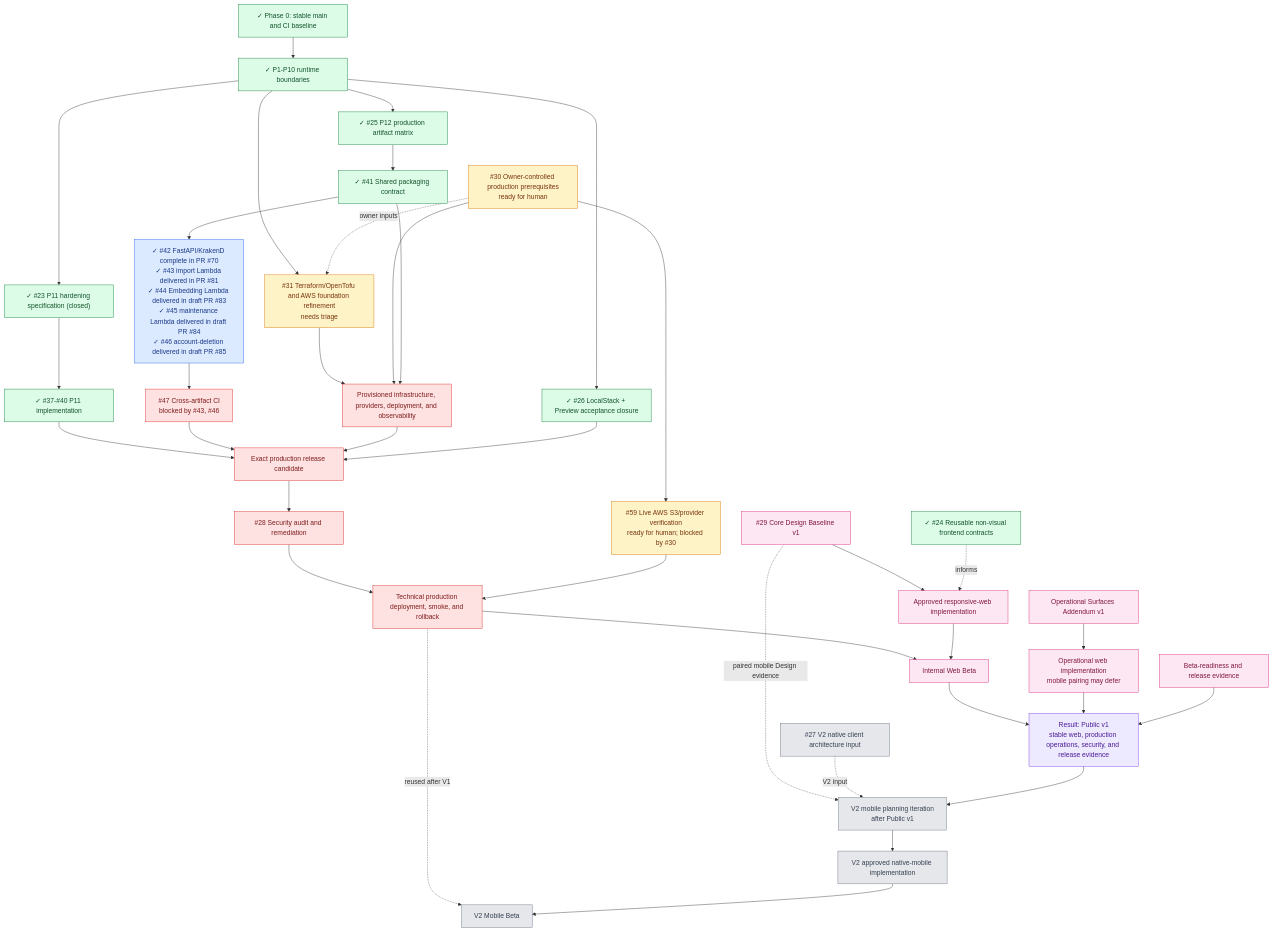
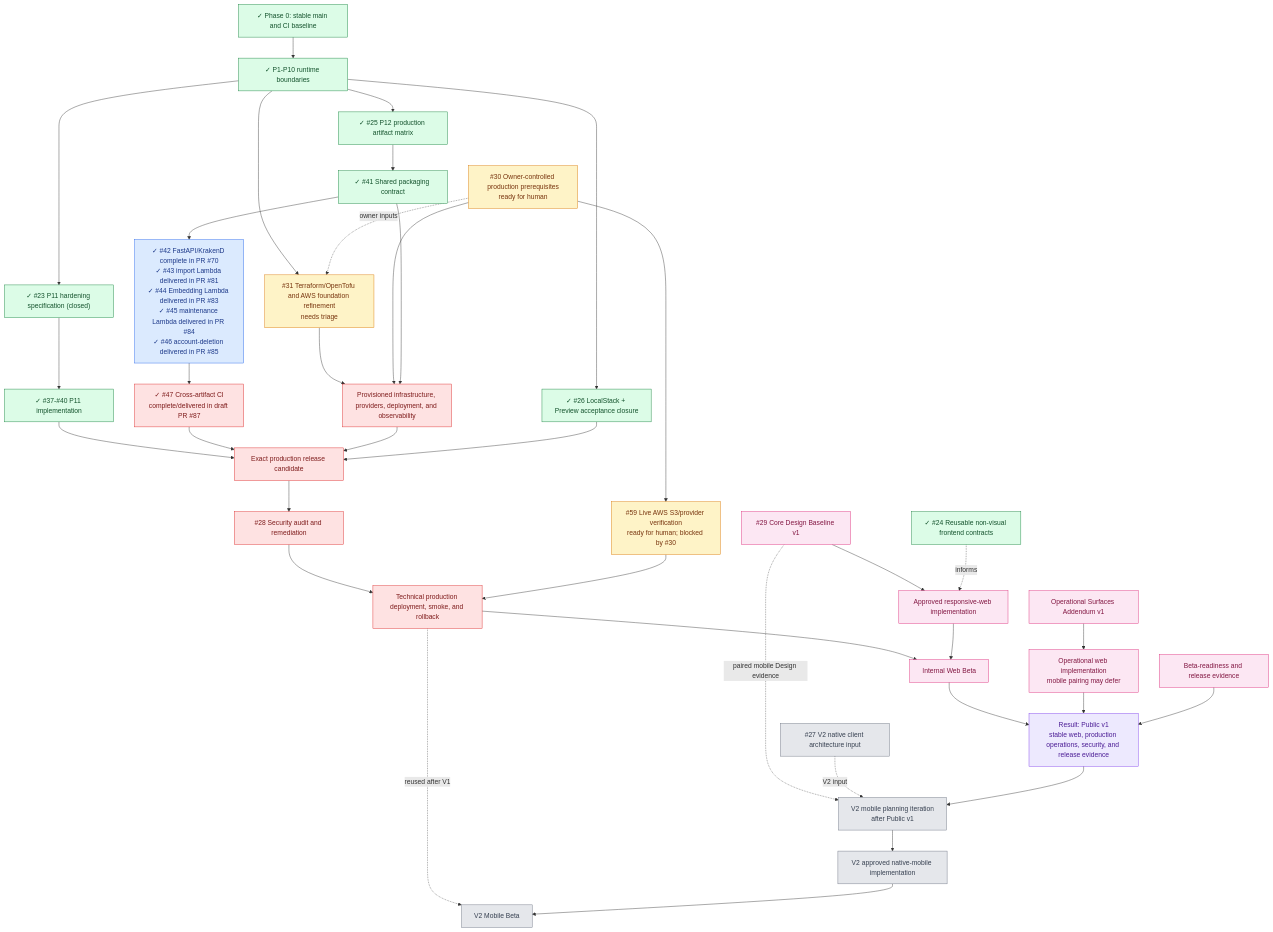
One commit to starkovalera/recipe-manager changed the third of 3 diagrams in docs/roadmap.md. Above: the diagram before and after it, drawn with Mermaid. The commit also changed other lines of this file and 16 other files, not shown here.

```diff
--- a/docs/roadmap.md
+++ b/docs/roadmap.md
@@ -188,8 +188,8 @@
   p11Implementation["✓ #37-#40 P11 implementation"]
   p12Spec["✓ #25 P12 production artifact matrix"]
   p12Shared["✓ #41 Shared packaging contract"]
-  p12Artifacts["✓ #42 FastAPI/KrakenD complete in PR #70<br/>✓ #43 import Lambda delivered in PR #81<br/>✓ #44 Embedding Lambda delivered in draft PR #83<br/>✓ #45 maintenance Lambda delivered in draft PR #84<br/>✓ #46 account-deletion delivered in draft PR #85"]
-  p12Ci["#47 Cross-artifact CI<br/>blocked by #43, #46"]
+  p12Artifacts["✓ #42 FastAPI/KrakenD complete in PR #70<br/>✓ #43 import Lambda delivered in PR #81<br/>✓ #44 Embedding Lambda delivered in PR #83<br/>✓ #45 maintenance Lambda delivered in PR #84<br/>✓ #46 account-deletion delivered in PR #85"]
+  p12Ci["✓ #47 Cross-artifact CI<br/>complete/delivered in draft PR #87"]
   localstack["✓ #26 LocalStack + Preview acceptance closure"]
   liveAws["#59 Live AWS S3/provider verification<br/>ready for human; blocked by #30"]
   frontendAudit["✓ #24 Reusable non-visual frontend contracts"]
```
